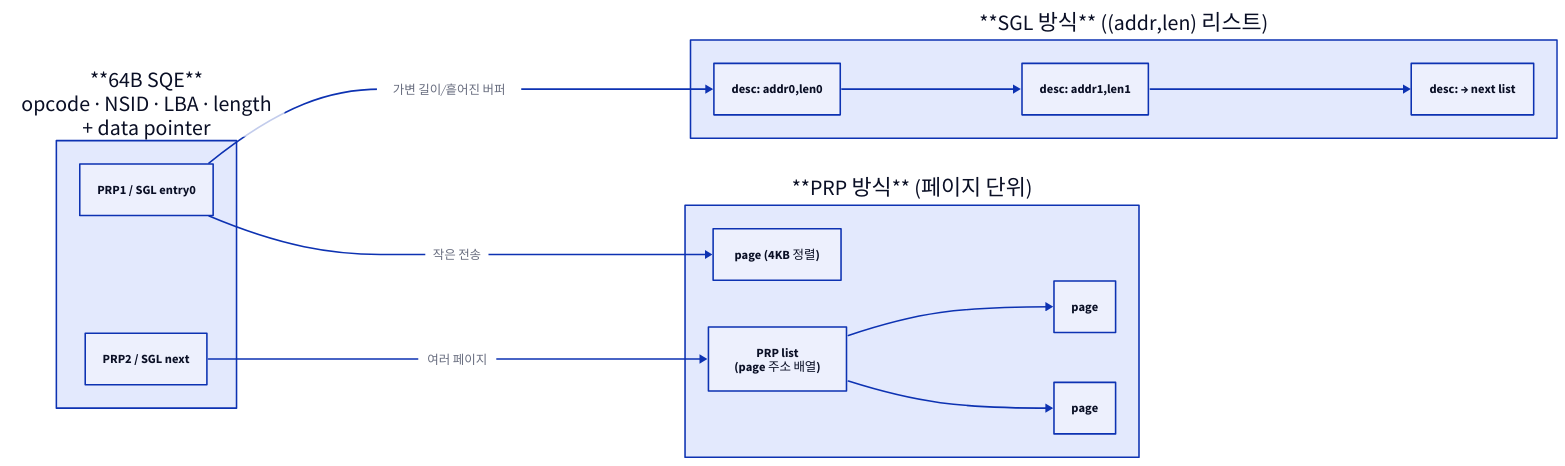
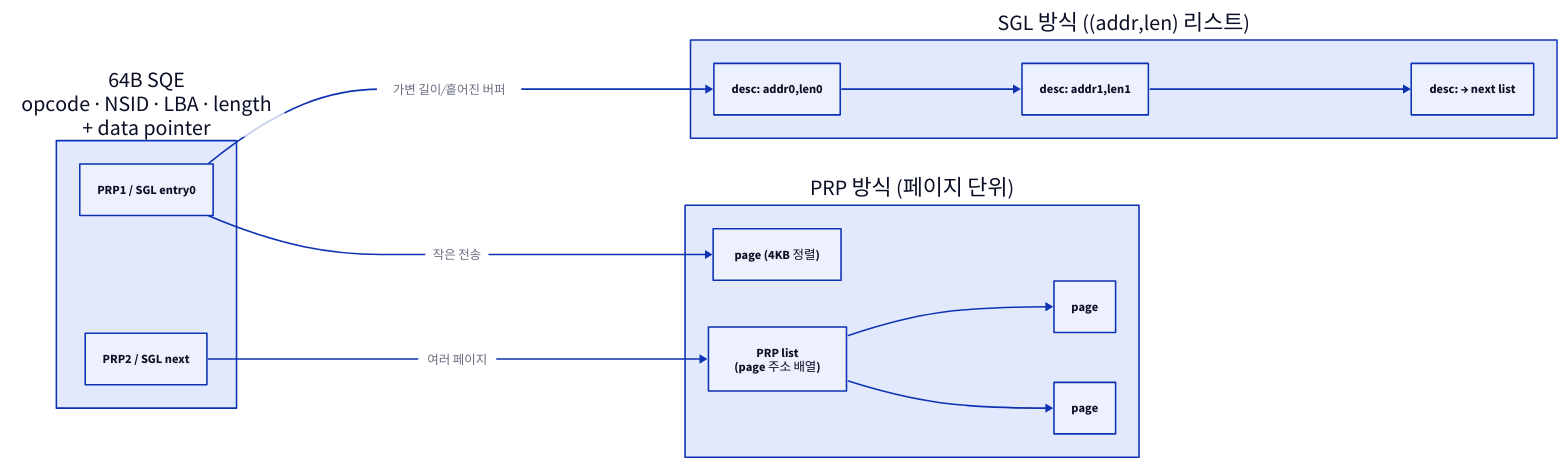
One commit to humbleowl39/DV_SKOOL changed the third of 3 diagrams in starlight_site/src/content/docs/nvme/03_command_set_admin_io_fabric.md. Above: the diagram before and after it, drawn with D2. The commit also changed other lines of this file and 714 other files, not shown here.

First line of the commit message:
fix(site): d2 다이어그램 가독성 결함 6종 일괄 수정

````diff
--- a/starlight_site/src/content/docs/nvme/03_command_set_admin_io_fabric.md
+++ b/starlight_site/src/content/docs/nvme/03_command_set_admin_io_fabric.md
@@ -117,28 +117,28 @@
 ```d2
 direction: right
 
-SQE: "**64B SQE**\nopcode · NSID · LBA · length\n+ data pointer" {
+SQE: "64B SQE\nopcode · NSID · LBA · length\n+ data pointer" {
   PRP1: "PRP1 / SGL entry0"
   PRP2: "PRP2 / SGL next"
 }
 
-PRP_PATH: "**PRP 방식** (페이지 단위)" {
+PRP_PATH: "PRP 방식 (페이지 단위)" {
   P1: "page (4KB 정렬)"
   PLIST: "PRP list\n(page 주소 배열)"
   P2: "page"
   P3: "page"
   PLIST -> P2
   PLIST -> P3
 }
 
-SGL_PATH: "**SGL 방식** ((addr,len) 리스트)" {
+SGL_PATH: "SGL 방식 ((addr,len) 리스트)" {
   D1: "desc: addr0,len0"
   D2: "desc: addr1,len1"
   D3: "desc: → next list"
   D1 -> D2 -> D3
 }
 
 SQE.PRP1 -> PRP_PATH.P1: "작은 전송"
 SQE.PRP2 -> PRP_PATH.PLIST: "여러 페이지"
 SQE.PRP1 -> SGL_PATH.D1: "가변 길이/흩어진 버퍼"
 ```
````
